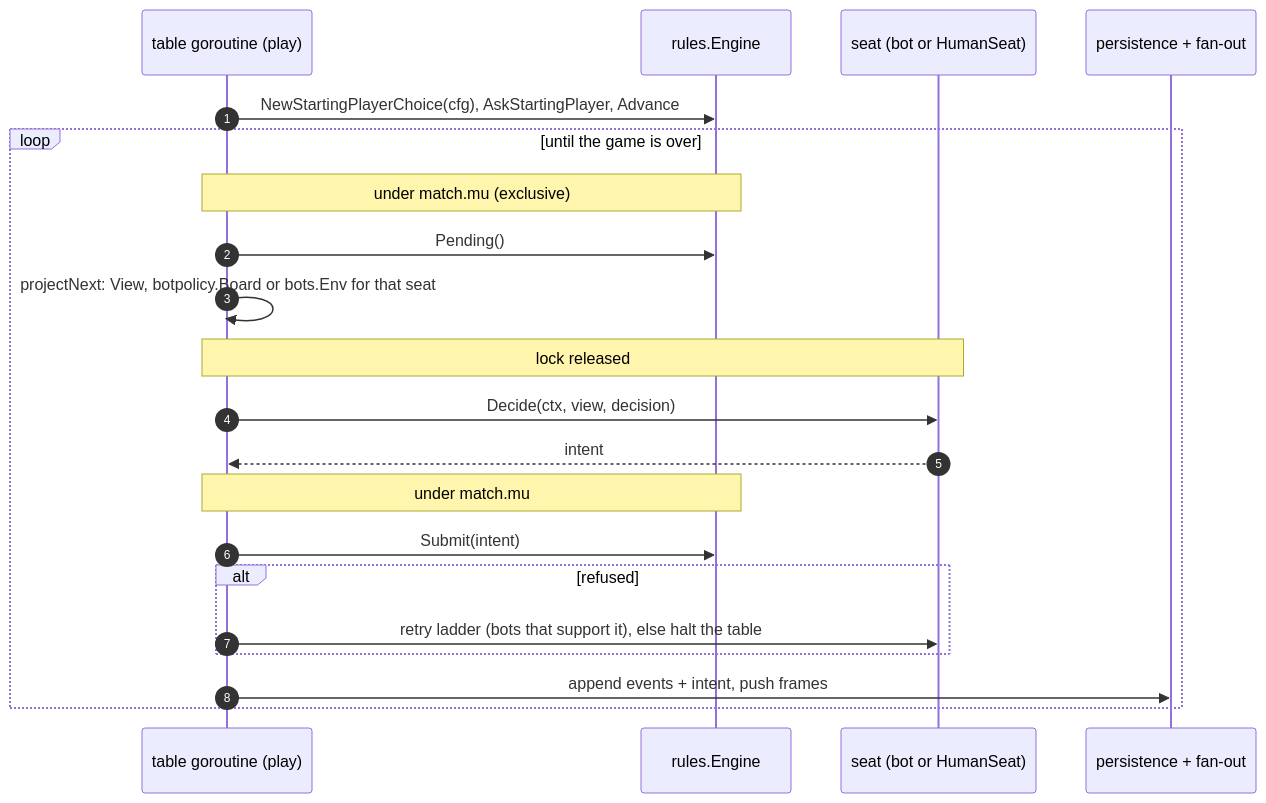
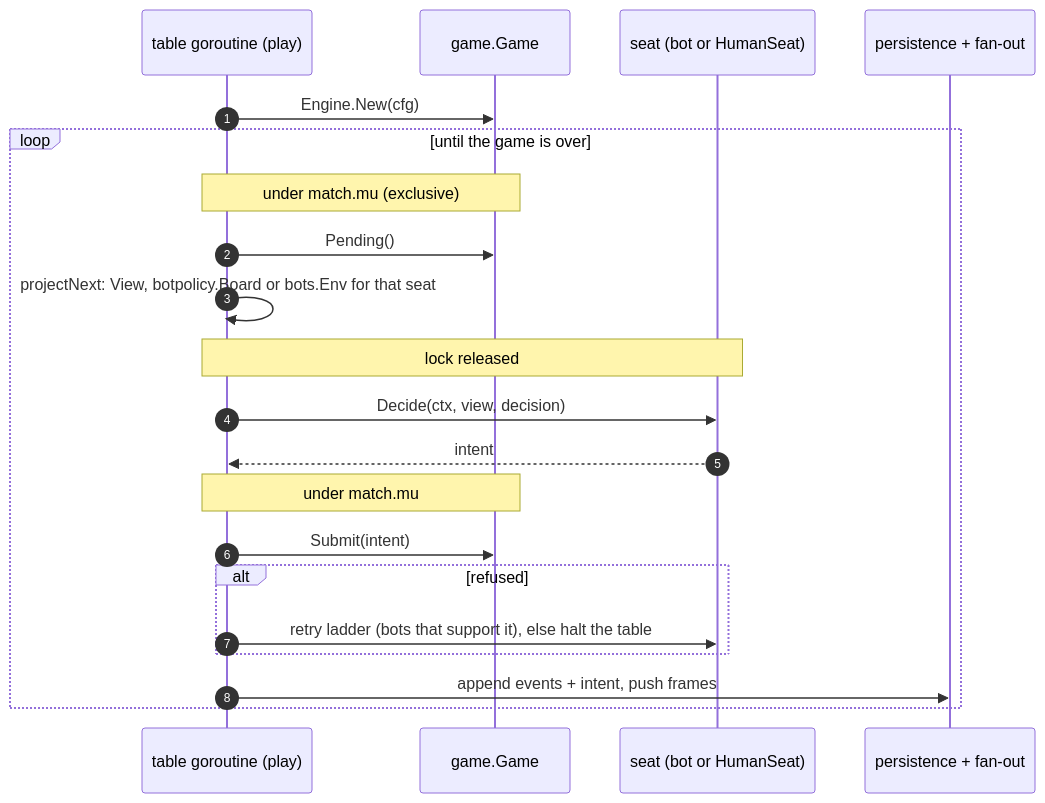
Before and after one commit to adams-shaun/gorge: the second of 3 diagrams in docs/site/architecture/gorge/server.md, drawn with Mermaid. The commit also changed other lines of this file and 12 other files, not shown here.

Commit message:
docs(architecture): the pages describe the engine seam and the current mechanisms; drop the cleanup roadmap

````diff
--- a/docs/site/architecture/gorge/server.md
+++ b/docs/site/architecture/gorge/server.md
@@ -62,23 +65,23 @@
 ```mermaid
 sequenceDiagram
   autonumber
   participant Run as table goroutine (play)
-  participant Eng as rules.Engine
+  participant Eng as game.Game
   participant Seat as seat (bot or HumanSeat)
   participant Out as persistence + fan-out
-  Run->>Eng: NewStartingPlayerChoice(cfg), AskStartingPlayer, Advance
+  Run->>Eng: Engine.New(cfg)
   loop until the game is over
     Note over Run,Eng: under match.mu (exclusive)
     Run->>Eng: Pending()
     Run->>Run: projectNext: View, botpolicy.Board or bots.Env for that seat
     Note over Run,Seat: lock released
     Run->>Seat: Decide(ctx, view, decision)
     Seat-->>Run: intent
     Note over Run,Eng: under match.mu
     Run->>Eng: Submit(intent)
     alt refused
       Run->>Seat: retry ladder (bots that support it), else halt the table
     end
     Run->>Out: append events + intent, push frames
   end
 ```
````
